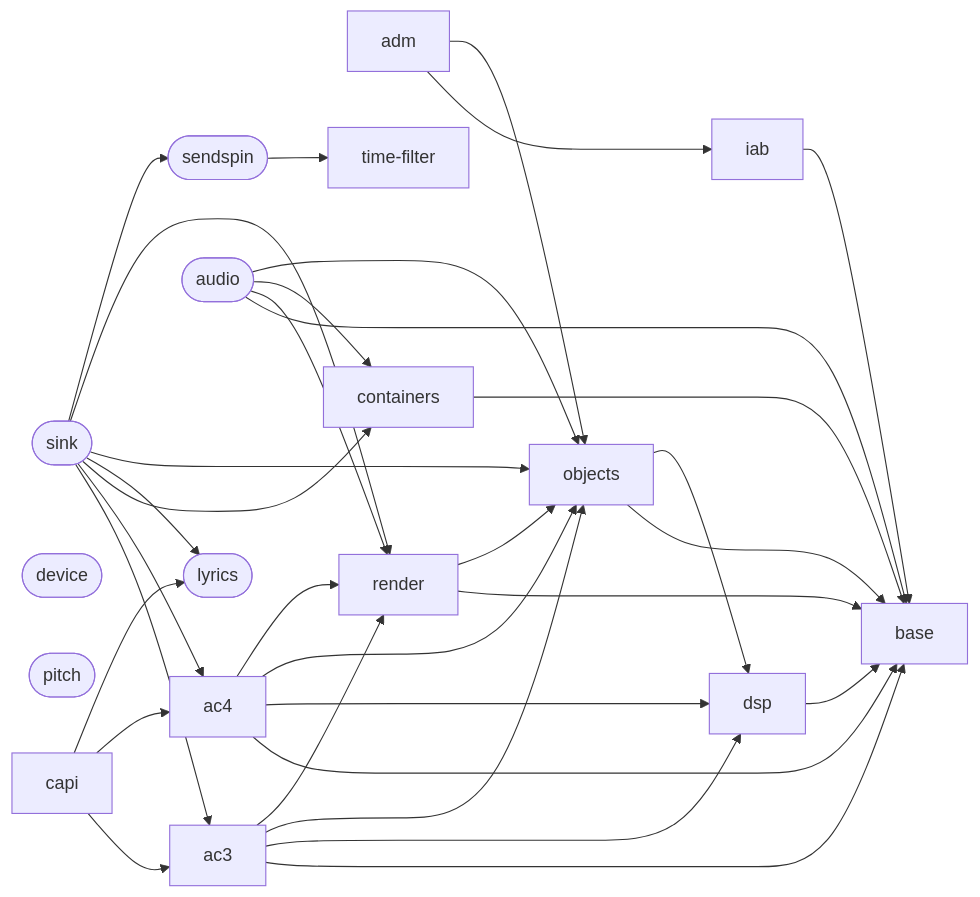
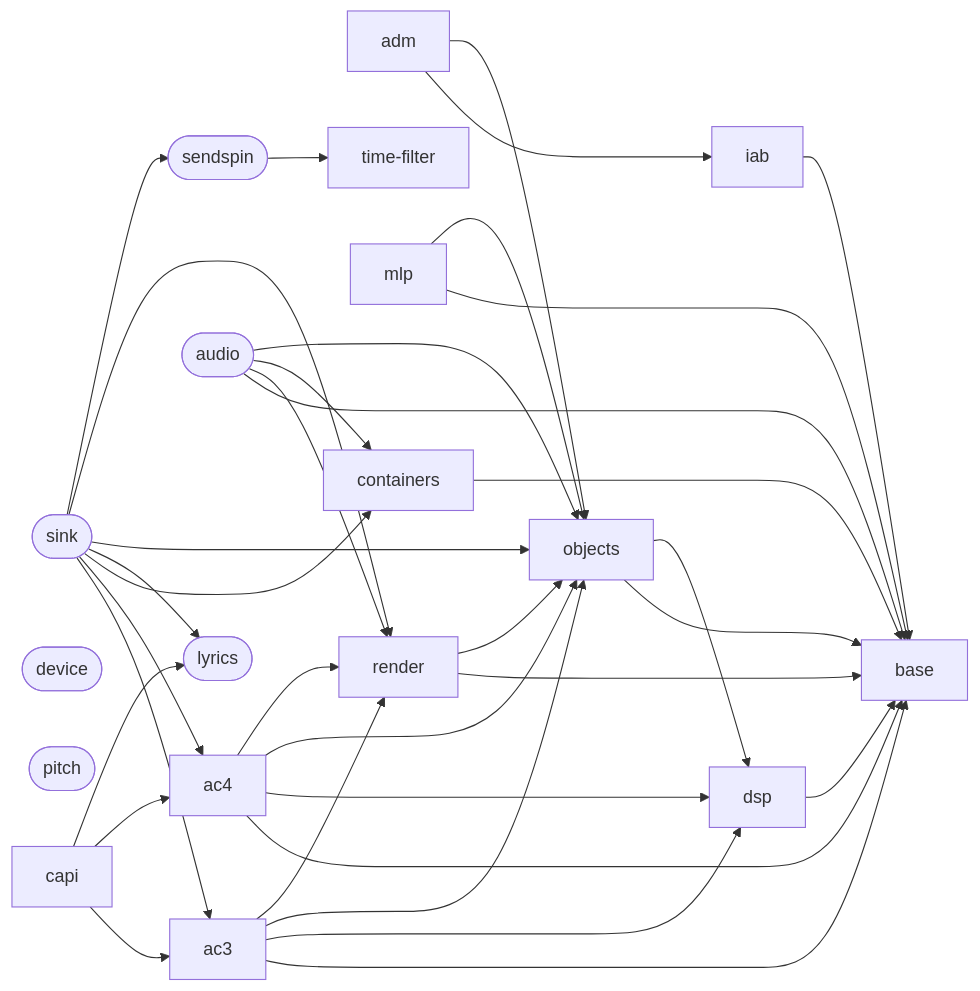
The diagram in docs/projects.md (iainchesworthlabs/iclforge), drawn with Mermaid before and after one commit. The commit also changed other lines of this file and 7 other files, not shown here.

````diff
--- a/docs/projects.md
+++ b/docs/projects.md
@@ -105,52 +106,55 @@
 ```mermaid
 flowchart LR
     ac3["ac3"]
     ac4["ac4"]
     adm["adm"]
     audio(["audio"])
     base["base"]
     capi["capi"]
     containers["containers"]
     device(["device"])
     dsp["dsp"]
     iab["iab"]
     lyrics(["lyrics"])
+    mlp["mlp"]
     objects["objects"]
     pitch(["pitch"])
     render["render"]
     sendspin(["sendspin"])
     sink(["sink"])
     time_filter["time-filter"]
     ac3 --> base
     ac3 --> dsp
     ac3 --> objects
     ac3 --> render
     ac4 --> base
     ac4 --> dsp
     ac4 --> objects
     ac4 --> render
     adm --> iab
     adm --> objects
     audio --> base
     audio --> render
     audio --> containers
     audio --> objects
     capi --> ac3
     capi --> ac4
     capi --> lyrics
     containers --> base
     dsp --> base
     iab --> base
+    mlp --> base
+    mlp --> objects
     objects --> base
     objects --> dsp
     render --> base
     render --> objects
     sendspin --> time_filter
     sink --> ac3
     sink --> ac4
     sink --> containers
     sink --> lyrics
     sink --> objects
     sink --> render
     sink --> sendspin
 ```
````
